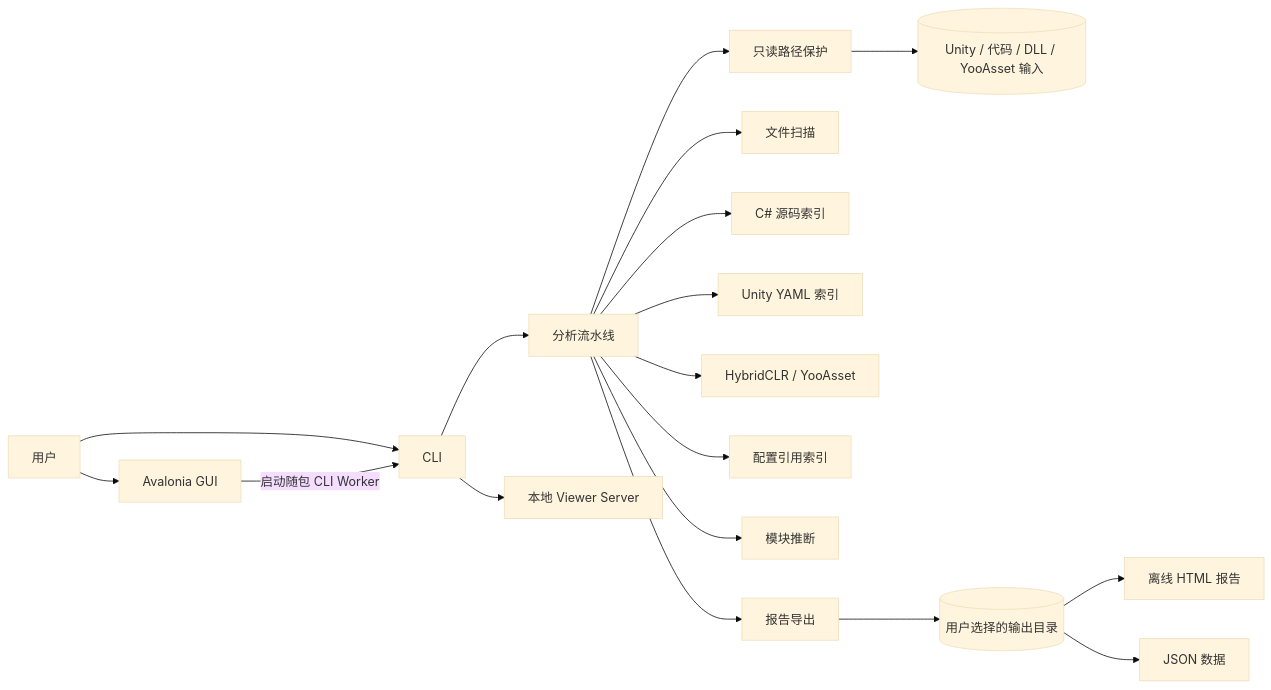
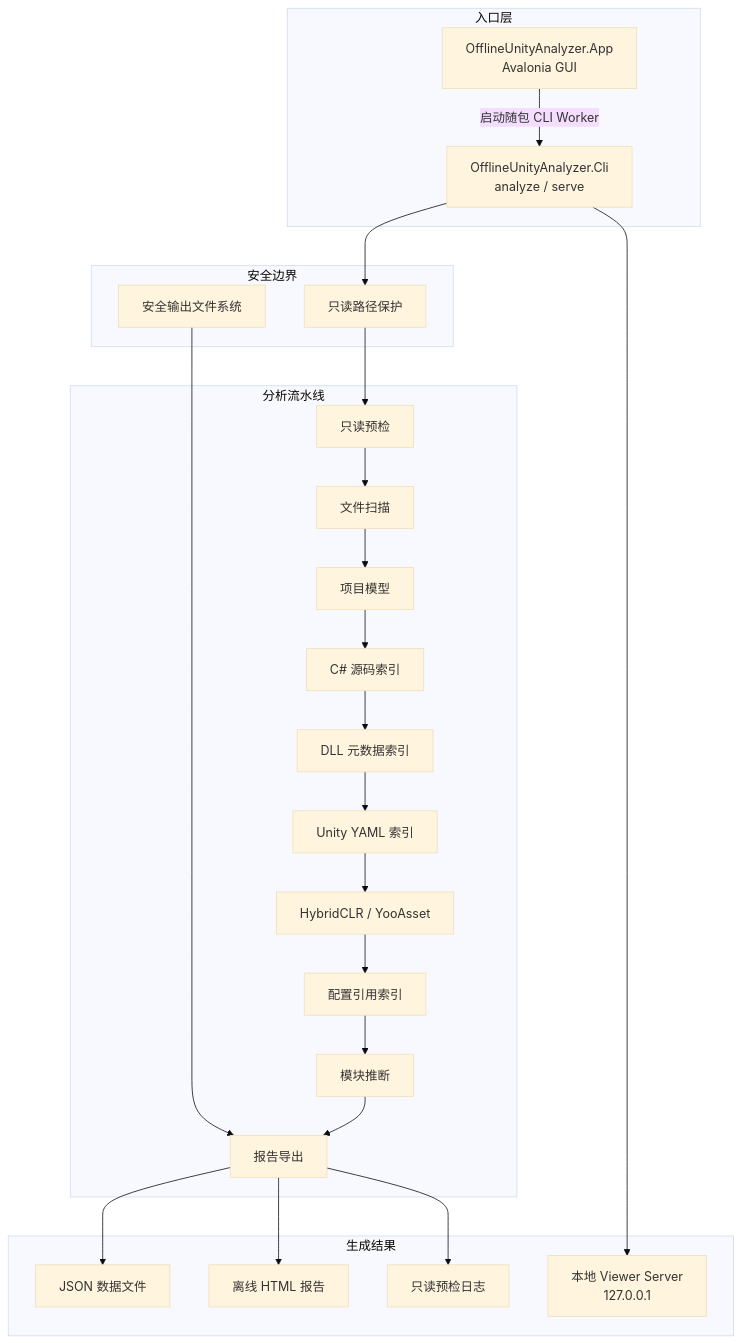
The diagram in README.zh-CN.md (xiaoyunhai0/OfflineUnityAnalyzer), drawn with Mermaid (base theme) before and after one commit. The commit also changed other lines of this file and 1 other file, not shown here.

````diff
--- a/README.zh-CN.md
+++ b/README.zh-CN.md
@@ -53,22 +79,42 @@
 ```mermaid
-flowchart LR
-    User[用户] --> App[Avalonia GUI]
-    User --> Cli[CLI]
+flowchart TB
+    subgraph Entry["入口层"]
+        App["OfflineUnityAnalyzer.App<br/>Avalonia GUI"]
+        Cli["OfflineUnityAnalyzer.Cli<br/>analyze / serve"]
+    end
+
+    subgraph Safety["安全边界"]
+        Guard["只读路径保护"]
+        SafeFs["安全输出文件系统"]
+    end
+
+    subgraph Pipeline["分析流水线"]
+        Preflight["只读预检"]
+        FileScan["文件扫描"]
+        ProjectModel["项目模型"]
+        Source["C# 源码索引"]
+        Dll["DLL 元数据索引"]
+        UnityYaml["Unity YAML 索引"]
+        HotUpdate["HybridCLR / YooAsset"]
+        Config["配置引用索引"]
+        Modules["模块推断"]
+        Export["报告导出"]
+    end
+
+    subgraph Outputs["生成结果"]
+        Json["JSON 数据文件"]
+        Html["离线 HTML 报告"]
+        Logs["只读预检日志"]
+        Viewer["本地 Viewer Server<br/>127.0.0.1"]
+    end
+
     App -->|启动随包 CLI Worker| Cli
-    Cli --> Pipeline[分析流水线]
-
-    Pipeline --> Guard[只读路径保护]
-    Pipeline --> Scan[文件扫描]
-    Pipeline --> Source[C# 源码索引]
-    Pipeline --> Unity[Unity YAML 索引]
-    Pipeline --> HotUpdate[HybridCLR / YooAsset]
-    Pipeline --> Config[配置引用索引]
-    Pipeline --> Modules[模块推断]
-    Pipeline --> Report[报告导出]
-
-    Guard --> Inputs[(Unity / 代码 / DLL / YooAsset 输入)]
-    Report --> Output[(用户选择的输出目录)]
-    Output --> Html[离线 HTML 报告]
-    Output --> Json[JSON 数据]
-    Cli --> Server[本地 Viewer Server]
+    Cli --> Guard
+    Guard --> Preflight
+    SafeFs --> Export
+    Preflight --> FileScan --> ProjectModel --> Source --> Dll --> UnityYaml --> HotUpdate --> Config --> Modules --> Export
+    Export --> Json
+    Export --> Html
+    Export --> Logs
+    Cli --> Viewer
 ```
````
